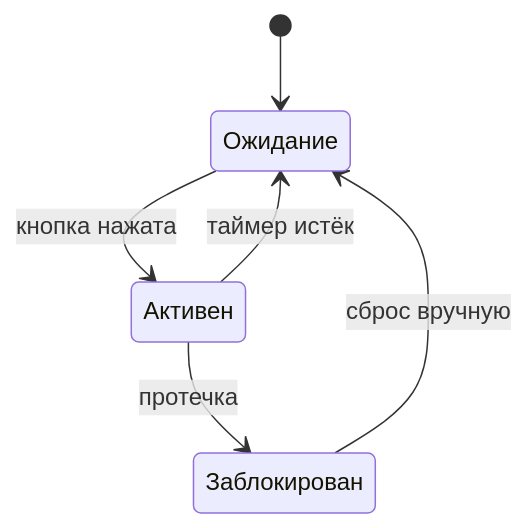
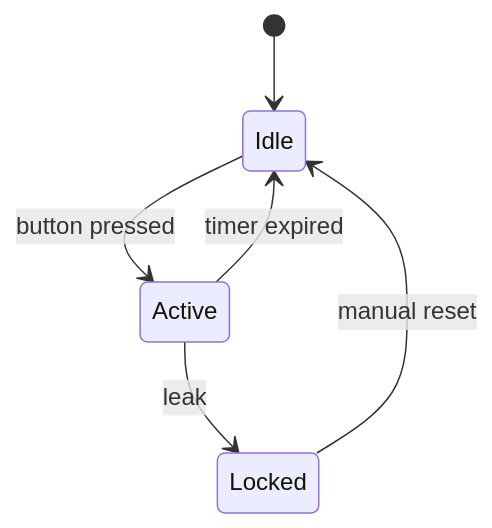
The second of 3 diagrams in src/server/fixtures/skills/diagrams.md (wirenboard/wb-ai-helper-desktop), drawn with Mermaid before and after one commit. The commit also changed other lines of this file and 76 other files, not shown here.

````diff
--- a/src/server/fixtures/skills/diagrams.md
+++ b/src/server/fixtures/skills/diagrams.md
@@ -38,8 +38,8 @@
 ```mermaid
 stateDiagram-v2
-    [*] --> Ожидание
-    Ожидание --> Активен : кнопка нажата
-    Активен --> Ожидание : таймер истёк
-    Активен --> Заблокирован : протечка
-    Заблокирован --> Ожидание : сброс вручную
+    [*] --> Idle
+    Idle --> Active : button pressed
+    Active --> Idle : timer expired
+    Active --> Locked : leak
+    Locked --> Idle : manual reset
 ```
````
